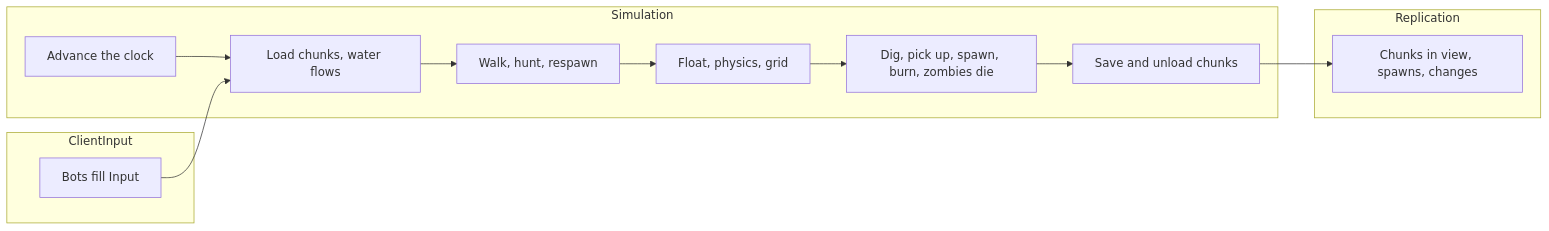
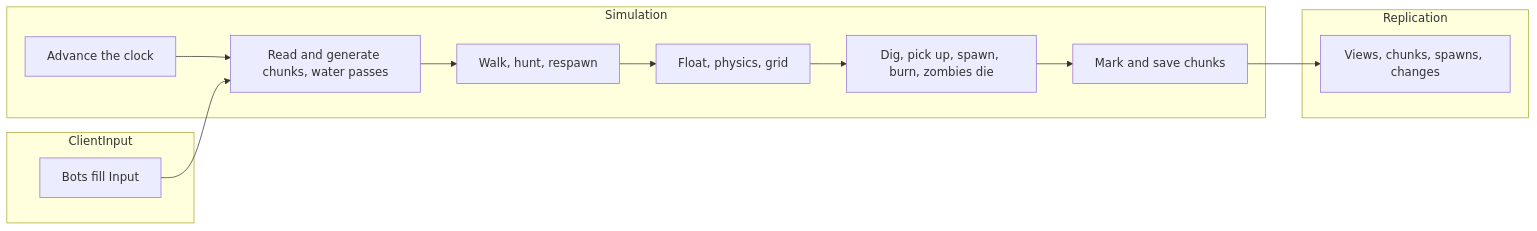
Before and after one commit to JasonXuDeveloper/EasyEcs: the first of 3 diagrams in docs/content/samples/voxel-server.mdx, drawn with Mermaid. The commit also changed other lines of this file and 36 other files, not shown here.

````diff
--- a/docs/content/samples/voxel-server.mdx
+++ b/docs/content/samples/voxel-server.mdx
@@ -34,18 +92,18 @@
 ```mermaid
 flowchart LR
   subgraph ClientInput
     input[Bots fill Input]
   end
   subgraph Simulation
-    clock[Advance the clock] --> world[Load chunks, water flows]
+    clock[Advance the clock] --> world[Read and generate chunks, water passes]
     world --> sight[Walk, hunt, respawn]
     sight --> move[Float, physics, grid]
     move --> rules[Dig, pick up, spawn, burn, zombies die]
-    rules --> unload[Save and unload chunks]
+    rules --> unload[Mark and save chunks]
   end
   subgraph Replication
-    send[Chunks in view, spawns, changes]
+    send[Views, chunks, spawns, changes]
   end
   input --> world
   unload --> send
 ```
````
